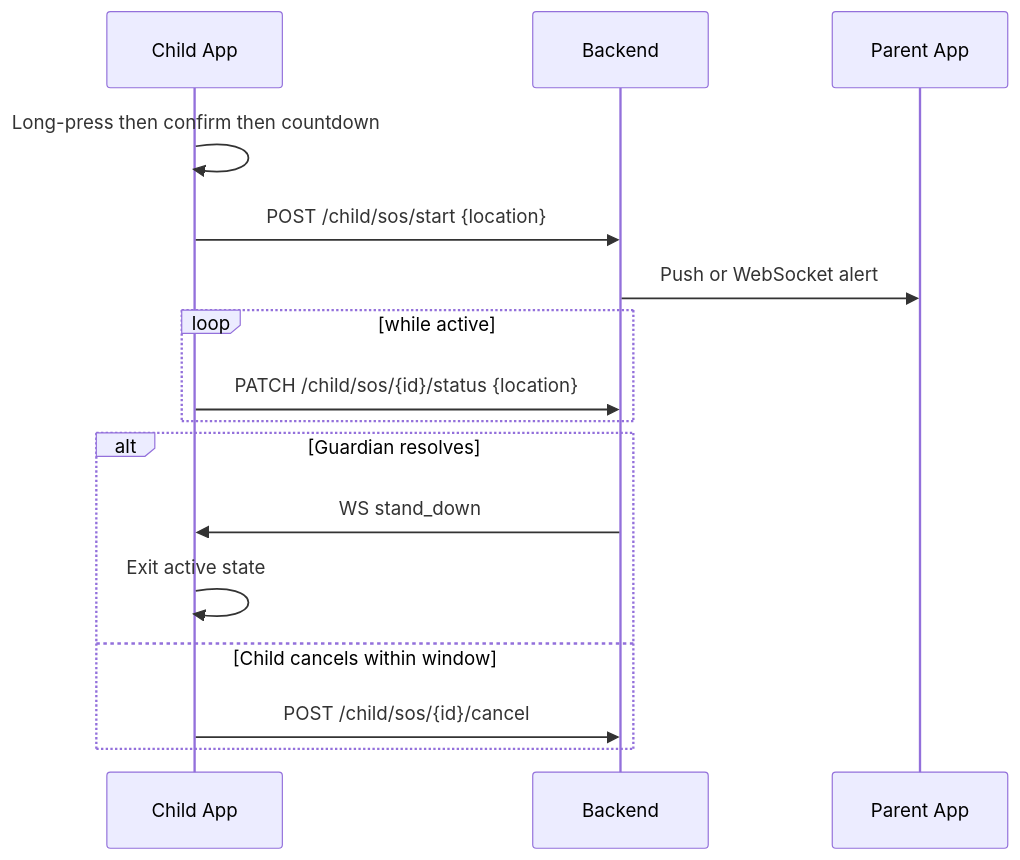
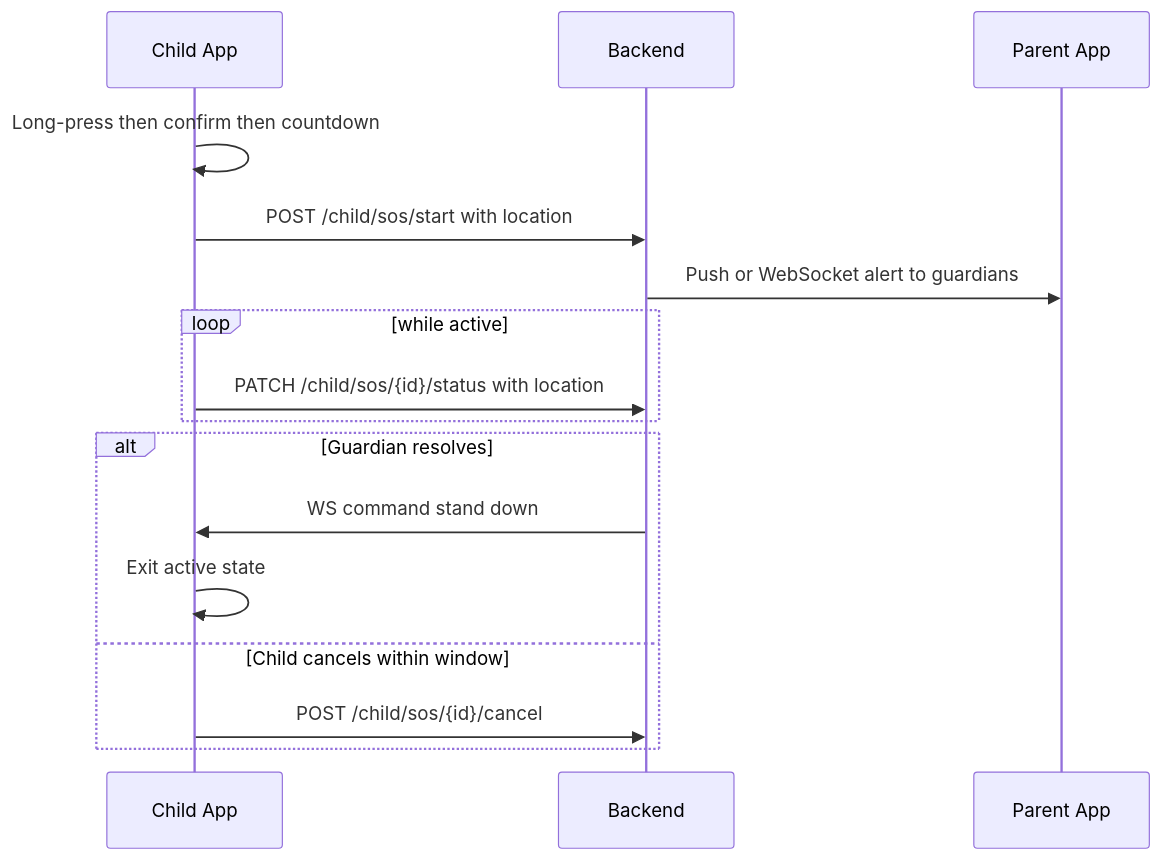
One commit to maiElkheshen066/safeGuard changed the diagram in Doc/Child app/features/04_sos_emergency.md. Above: the diagram before and after it, drawn with Mermaid. The commit also changed other lines of this file and 9 other files, not shown here.

````diff
--- a/Doc/Child app/features/04_sos_emergency.md
+++ b/Doc/Child app/features/04_sos_emergency.md
@@ -25,18 +25,18 @@
 ```mermaid
 sequenceDiagram
   participant C as Child App
   participant B as Backend
   participant P as Parent App
   C->>C: Long-press then confirm then countdown
-  C->>B: POST /child/sos/start {location}
-  B->>P: Push or WebSocket alert
+  C->>B: POST /child/sos/start with location
+  B->>P: Push or WebSocket alert to guardians
   loop while active
-    C->>B: PATCH /child/sos/{id}/status {location}
+    C->>B: PATCH /child/sos/{id}/status with location
   end
   alt Guardian resolves
-    B->>C: WS stand_down
+    B->>C: WS command stand down
     C->>C: Exit active state
   else Child cancels within window
     C->>B: POST /child/sos/{id}/cancel
   end
 ```
````
